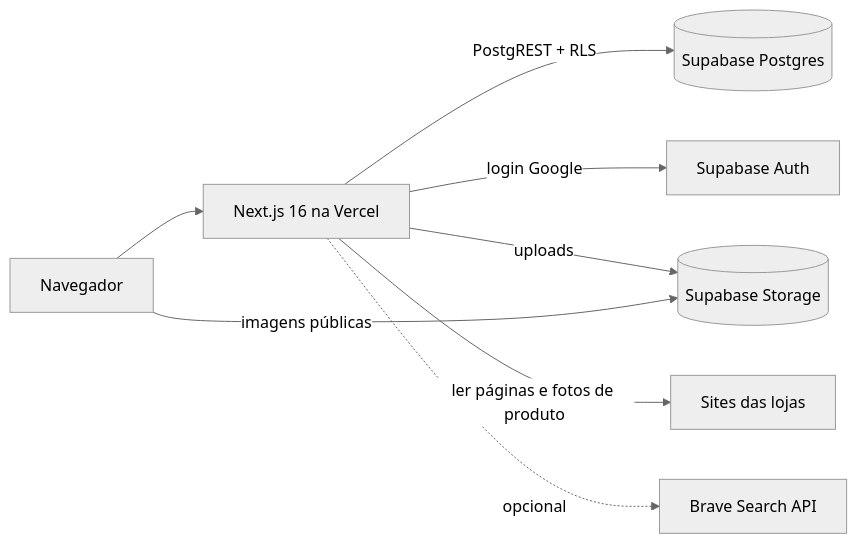
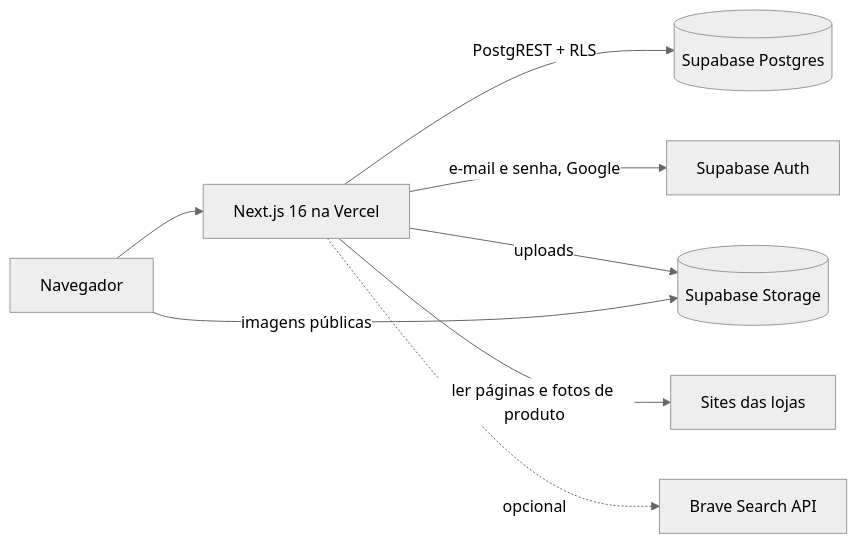
The diagram in README.md (estevaons/myvitri), drawn with Mermaid (neutral theme) before and after one commit. The commit also changed other lines of this file and 48 other files, not shown here.

First line of the commit message:
feat: favoritos, comentários, login com e-mail e senha e ajustes de navegação

````diff
--- a/README.md
+++ b/README.md
@@ -132,10 +145,10 @@
 ```mermaid
 graph LR
     U[Navegador] --> N["Next.js 16 na Vercel"]
     N -->|"PostgREST + RLS"| DB[(Supabase Postgres)]
-    N -->|login Google| AU[Supabase Auth]
+    N -->|e-mail e senha, Google| AU[Supabase Auth]
     N -->|uploads| ST[(Supabase Storage)]
     N -->|ler páginas e fotos de produto| L[Sites das lojas]
     N -.->|opcional| BR[Brave Search API]
     U -->|imagens públicas| ST
 ```
````
